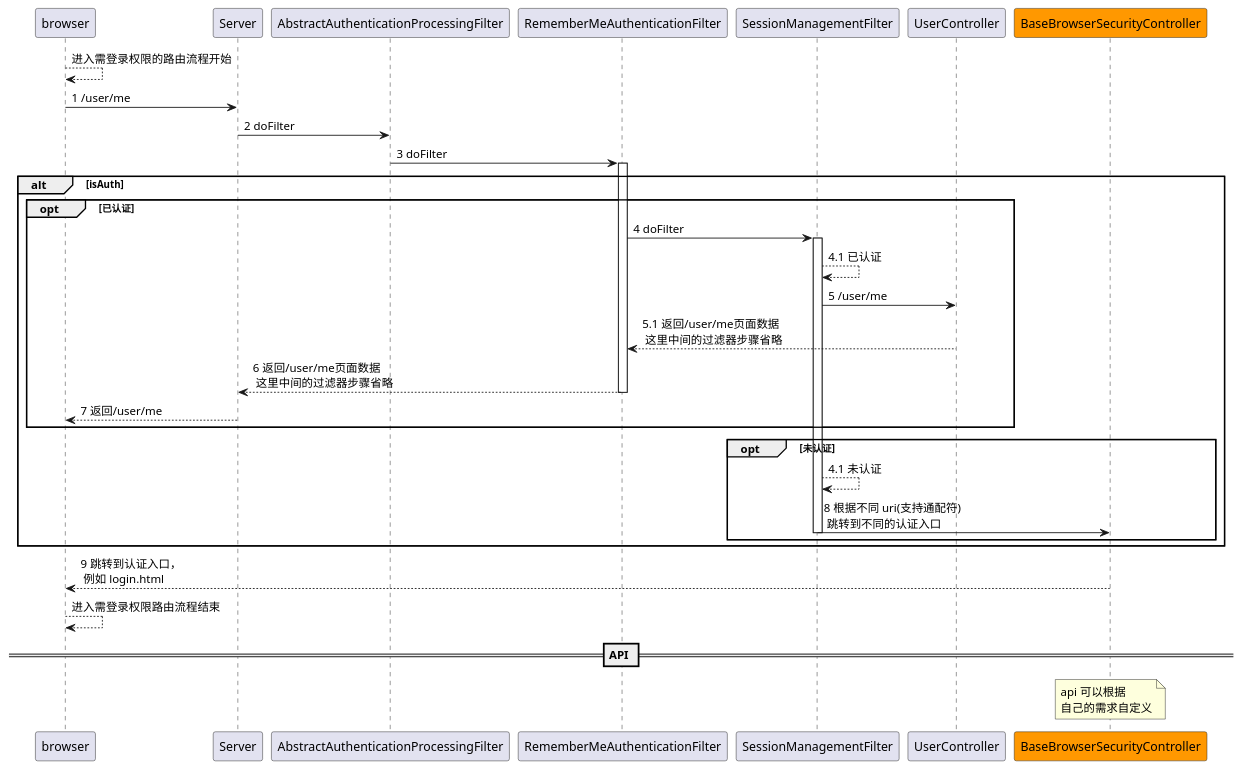
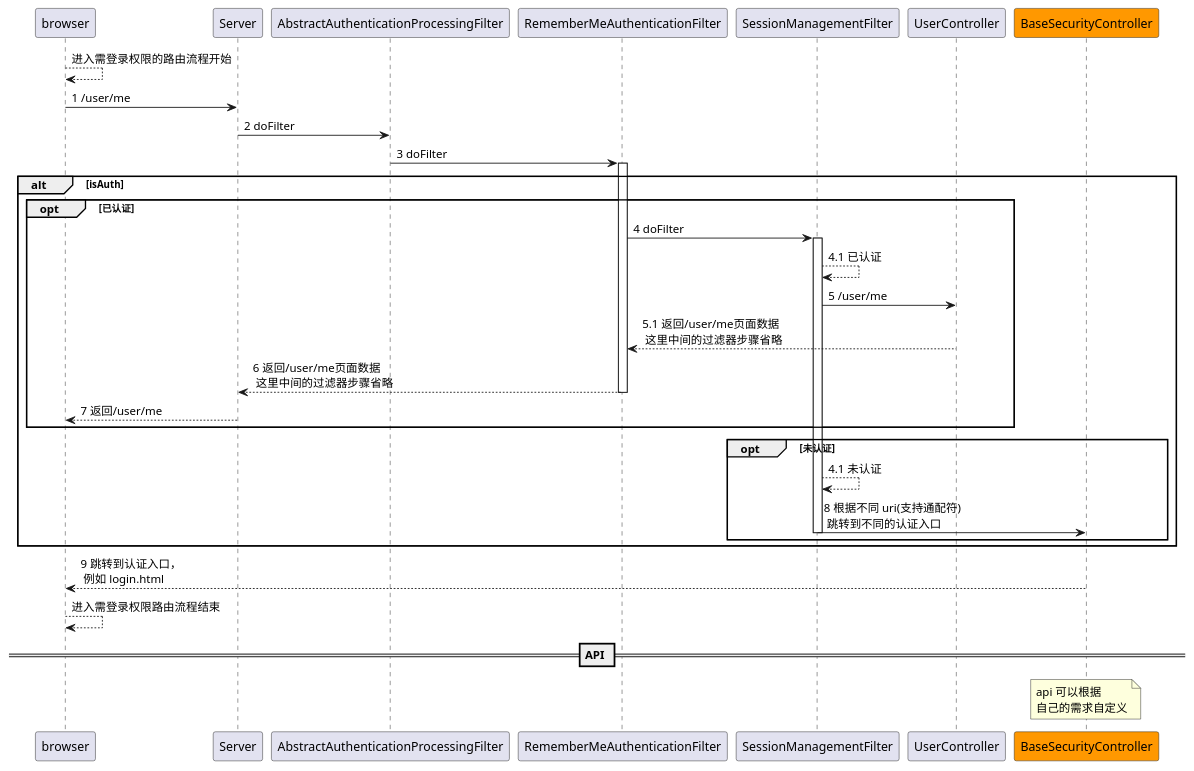
The diagram in doc/securityRouter.puml (ZeroOrInfinity/UMS), drawn with PlantUML before and after one commit. The commit also changed 149 other files, not shown here.

```diff
--- a/doc/securityRouter.puml
+++ b/doc/securityRouter.puml
@@ -1,36 +1,36 @@
 @startuml
 
 browser --> browser: 进入需登录权限的路由流程开始
 
 browser -> Server: 1 /user/me
 Server -> AbstractAuthenticationProcessingFilter: 2 doFilter
 AbstractAuthenticationProcessingFilter -> RememberMeAuthenticationFilter: 3 doFilter
 alt isAuth
 opt 已认证
 activate RememberMeAuthenticationFilter
 RememberMeAuthenticationFilter -> SessionManagementFilter: 4 doFilter
 activate SessionManagementFilter
 SessionManagementFilter --> SessionManagementFilter: 4.1 已认证
 SessionManagementFilter -> UserController: 5 /user/me
 UserController --> RememberMeAuthenticationFilter: 5.1 返回/user/me页面数据\n 这里中间的过滤器步骤省略
 RememberMeAuthenticationFilter --> Server: 6 返回/user/me页面数据\n 这里中间的过滤器步骤省略
 deactivate RememberMeAuthenticationFilter
 Server --> browser: 7 返回/user/me
 end
 opt 未认证
 SessionManagementFilter --> SessionManagementFilter: 4.1 未认证
-participant BaseBrowserSecurityController #ff9800
-SessionManagementFilter -> BaseBrowserSecurityController: 8 根据不同 uri(支持通配符)\n 跳转到不同的认证入口
+participant BaseSecurityController #ff9800
+SessionManagementFilter -> BaseSecurityController: 8 根据不同 uri(支持通配符)\n 跳转到不同的认证入口
 deactivate SessionManagementFilter
 end
 end
-BaseBrowserSecurityController --> browser: 9 跳转到认证入口，\n 例如 login.html
+BaseSecurityController --> browser: 9 跳转到认证入口，\n 例如 login.html
 browser --> browser: 进入需登录权限路由流程结束
 
 == API ==
-note over BaseBrowserSecurityController: api 可以根据\n自己的需求自定义
+note over BaseSecurityController: api 可以根据\n自己的需求自定义
 
 
 
 
 @enduml
```
